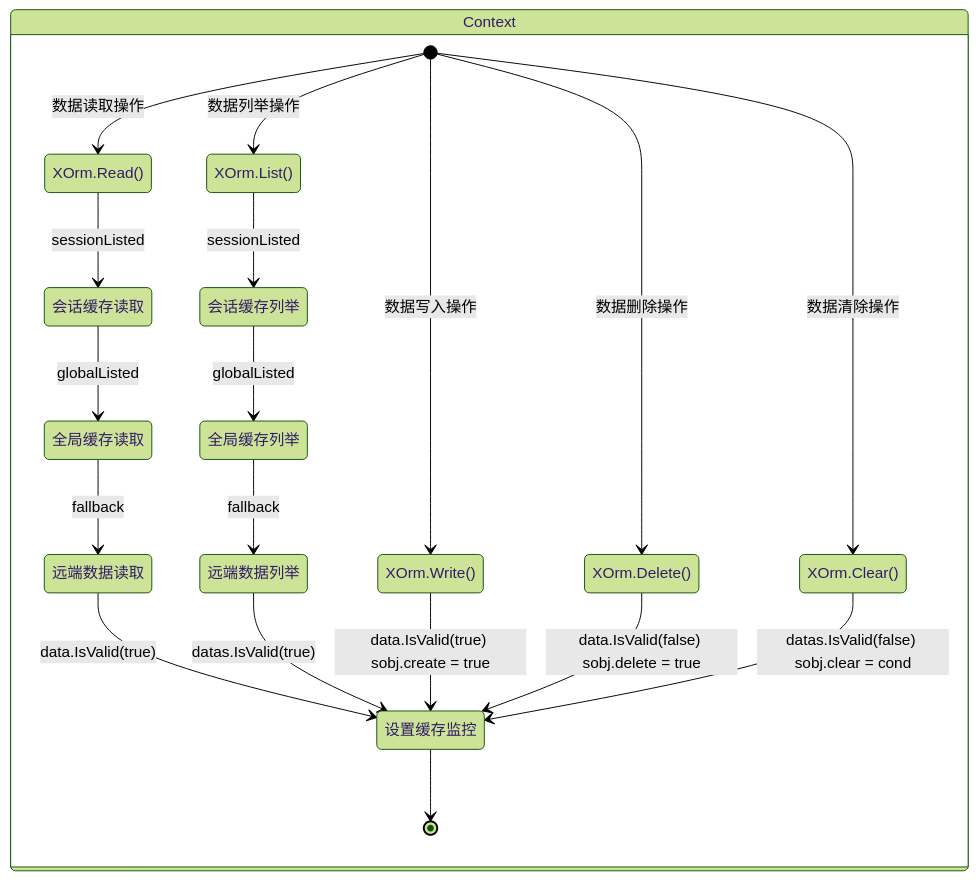
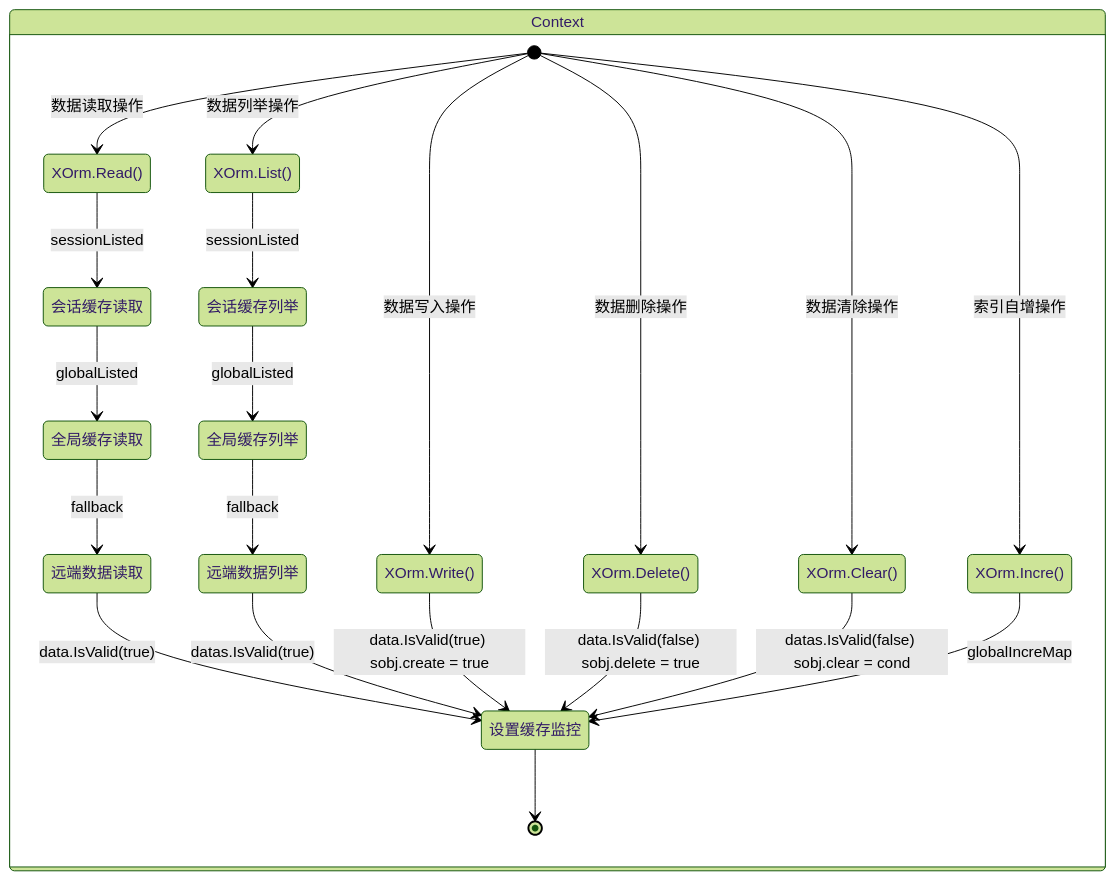
One commit to eframework-org/GO.CRUD changed the second of 2 diagrams in XOrm/README.md. Above: the diagram before and after it, drawn with Mermaid (forest theme). The commit also changed other lines of this file and 1 other file, not shown here.

Commit message:
docs: 更新 XOrm 模块文档

````diff
--- a/XOrm/README.md
+++ b/XOrm/README.md
@@ -392,28 +390,31 @@
 ```mermaid
 stateDiagram-v2
     direction TB
     state Context {
         设置缓存监控 --> [*]
 
         [*] --> XOrm.Read(): 数据读取操作
         XOrm.Read() --> 会话缓存读取: sessionListed
         会话缓存读取 --> 全局缓存读取: globalListed
         全局缓存读取 --> 远端数据读取: fallback
         远端数据读取 --> 设置缓存监控: data.IsValid(true)
 
         [*] --> XOrm.List(): 数据列举操作
         XOrm.List() --> 会话缓存列举: sessionListed
         会话缓存列举 --> 全局缓存列举: globalListed
         全局缓存列举 --> 远端数据列举: fallback
         远端数据列举 --> 设置缓存监控: datas.IsValid(true)
 
         [*] --> XOrm.Write(): 数据写入操作
         XOrm.Write() --> 设置缓存监控: data.IsValid(true) sobj.create = true
 
         [*] --> XOrm.Delete(): 数据删除操作
         XOrm.Delete() --> 设置缓存监控: data.IsValid(false) sobj.delete = true
 
         [*] --> XOrm.Clear(): 数据清除操作
         XOrm.Clear() --> 设置缓存监控: datas.IsValid(false) sobj.clear = cond
+
+        [*] --> XOrm.Incre(): 索引自增操作
+        XOrm.Incre() --> 设置缓存监控: globalIncreMap
     }
 ```
````
